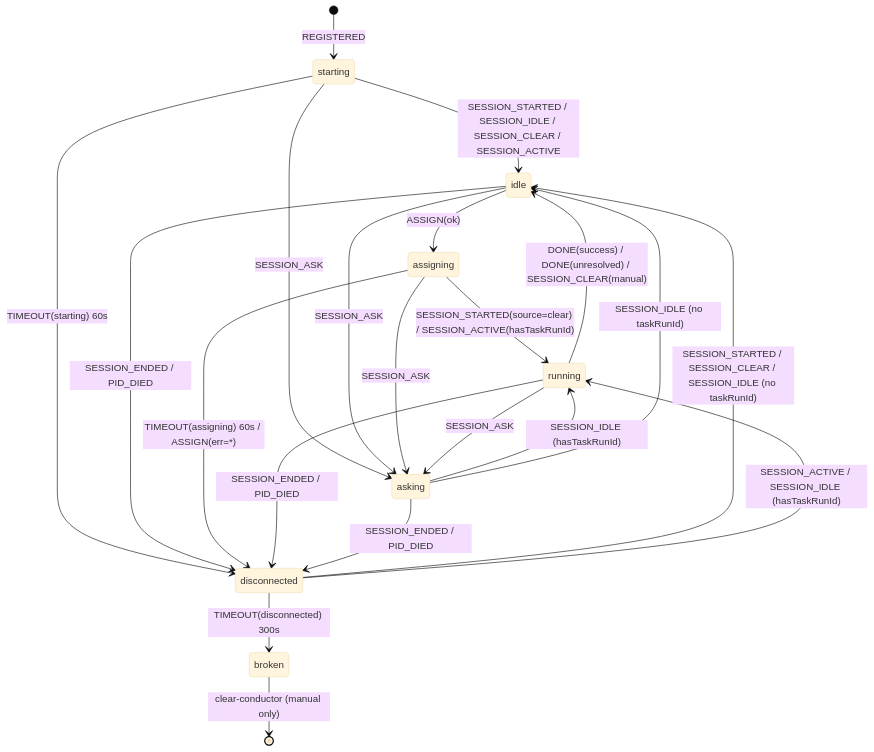
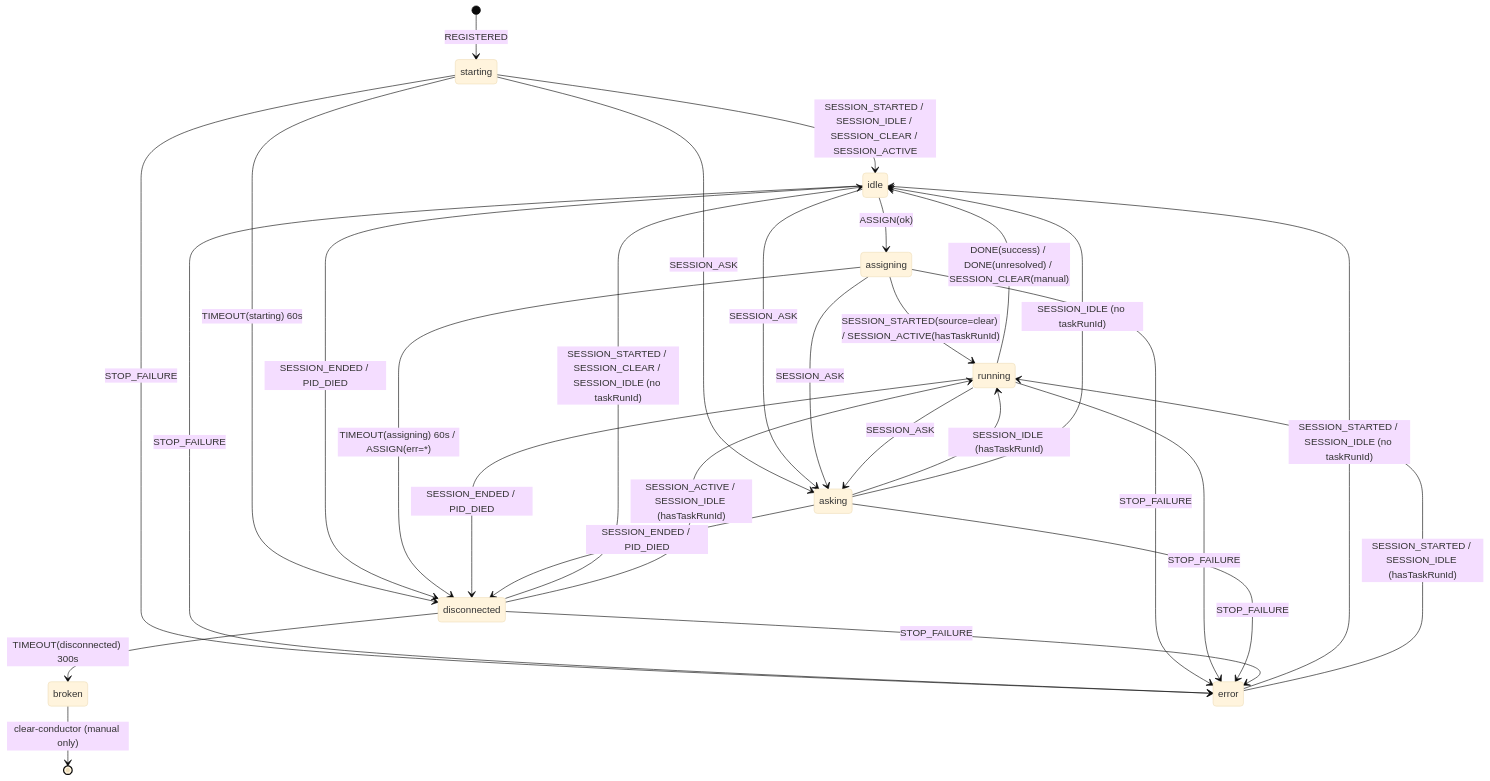
The first of 2 diagrams in docs/spec/07-state-machine.md (hummer98/cmux-team), drawn with Mermaid (base theme) before and after one commit. The commit also changed other lines of this file and 14 other files, not shown here.

````diff
--- a/docs/spec/07-state-machine.md
+++ b/docs/spec/07-state-machine.md
@@ -77,23 +82,31 @@
 ```mermaid
 stateDiagram-v2
     [*] --> starting : REGISTERED
     starting --> idle : SESSION_STARTED / SESSION_IDLE / SESSION_CLEAR / SESSION_ACTIVE
     starting --> disconnected : TIMEOUT(starting) 60s
     starting --> asking : SESSION_ASK
     idle --> assigning : ASSIGN(ok)
     idle --> asking : SESSION_ASK
     idle --> disconnected : SESSION_ENDED / PID_DIED
     assigning --> running : SESSION_STARTED(source=clear) / SESSION_ACTIVE(hasTaskRunId)
     assigning --> disconnected : TIMEOUT(assigning) 60s / ASSIGN(err=*)
     assigning --> asking : SESSION_ASK
     running --> asking : SESSION_ASK
     running --> idle : DONE(success) / DONE(unresolved) / SESSION_CLEAR(manual)
     running --> disconnected : SESSION_ENDED / PID_DIED
     asking --> running : SESSION_IDLE (hasTaskRunId)
     asking --> idle : SESSION_IDLE (no taskRunId)
     asking --> disconnected : SESSION_ENDED / PID_DIED
     disconnected --> idle : SESSION_STARTED / SESSION_CLEAR / SESSION_IDLE (no taskRunId)
     disconnected --> running : SESSION_ACTIVE / SESSION_IDLE (hasTaskRunId)
     disconnected --> broken : TIMEOUT(disconnected) 300s
     broken --> [*] : clear-conductor (manual only)
+    starting --> error : STOP_FAILURE
+    idle --> error : STOP_FAILURE
+    assigning --> error : STOP_FAILURE
+    running --> error : STOP_FAILURE
+    asking --> error : STOP_FAILURE
+    disconnected --> error : STOP_FAILURE
+    error --> idle : SESSION_STARTED / SESSION_IDLE (no taskRunId)
+    error --> running : SESSION_STARTED / SESSION_IDLE (hasTaskRunId)
 ```
````
